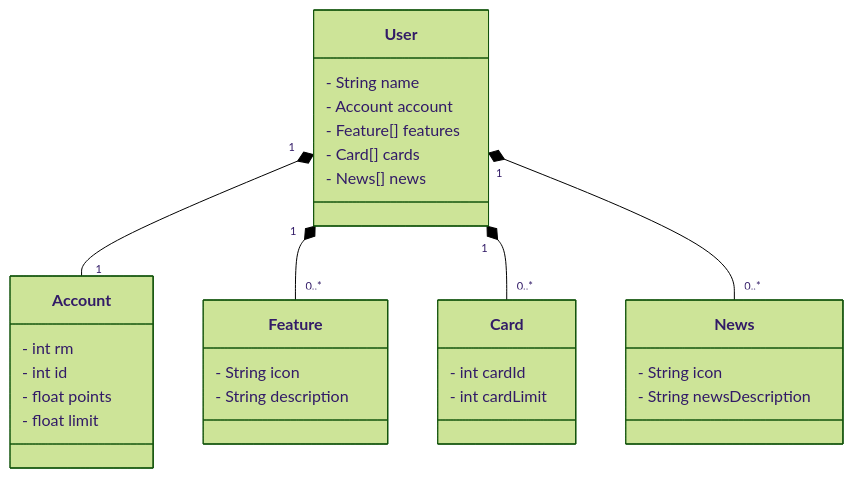
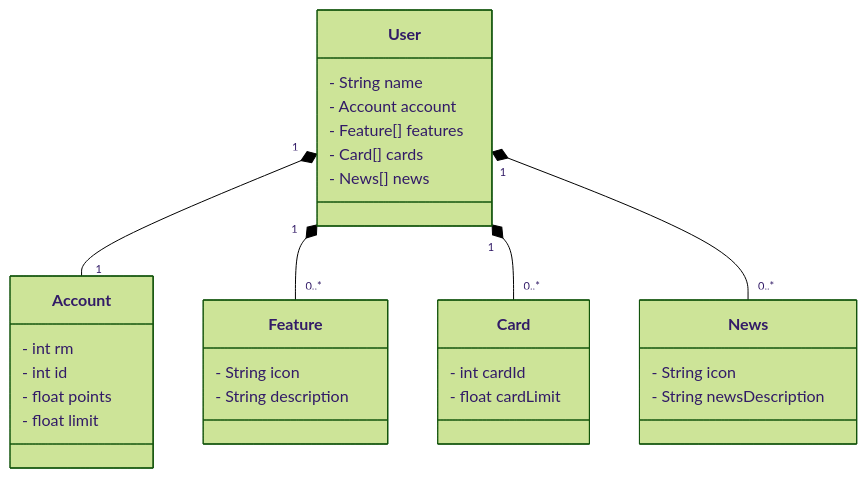
The diagram in README.md (gusmaomath/banking-domain), drawn with Mermaid (forest theme) before and after one commit.

````diff
--- a/README.md
+++ b/README.md
@@ -19,37 +19,37 @@
 ```mermaid
 classDiagram
   class User {
     - String name
     - Account account
     - Feature[] features
     - Card[] cards
     - News[] news
   }
 
   class Account {
     - int rm
     - int id
     - float points
     - float limit
   }
 
   class Feature {
     - String icon
     - String description
   }
     
   class Card {
     - int cardId
-    - int cardLimit
+    - float cardLimit
   }
     
   class News {
     - String icon
     - String newsDescription
   }
 
   User "1" *-- "1" Account
   User "1" *-- "0..*" Feature
   User "1" *-- "0..*" Card
   User "1" *-- "0..*" News
 ```
````
